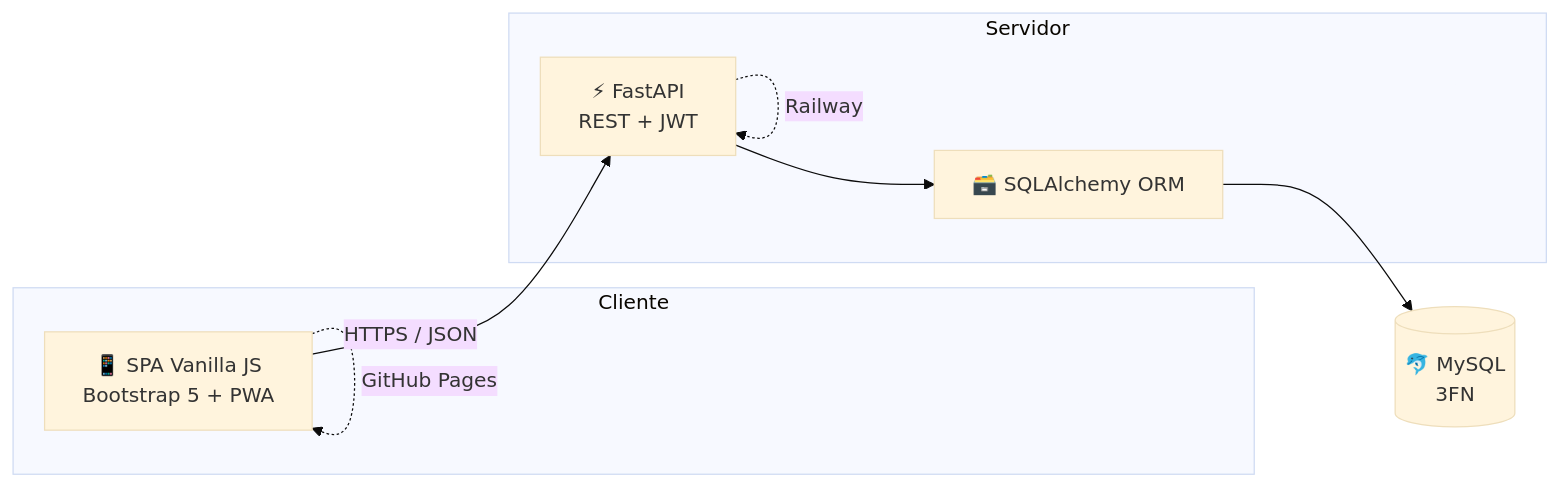
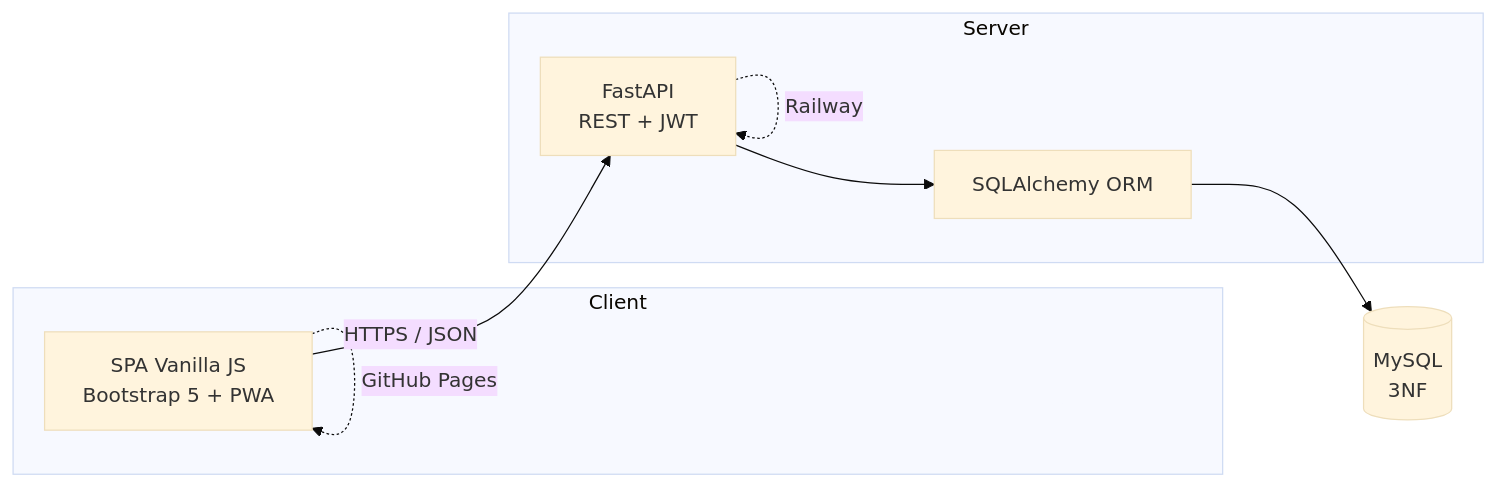
One commit to Kerin0011/ProyectoInt changed the first of 2 diagrams in README.md. Above: the diagram before and after it, drawn with Mermaid (base theme). The commit also changed other lines of this file and 2 other files, not shown here.

First line of the commit message:
fix: show the client's restaurant name in the panel, and rewrite the README

````diff
--- a/README.md
+++ b/README.md
@@ -81,17 +75,17 @@
 ```mermaid
 flowchart LR
-    subgraph Cliente
-      A["📱 SPA Vanilla JS<br/>Bootstrap 5 + PWA"]
+    subgraph Client
+      A["SPA Vanilla JS<br/>Bootstrap 5 + PWA"]
     end
-    subgraph Servidor
-      B["⚡ FastAPI<br/>REST + JWT"]
-      C["🗃️ SQLAlchemy ORM"]
+    subgraph Server
+      B["FastAPI<br/>REST + JWT"]
+      C["SQLAlchemy ORM"]
     end
-    D[("🐬 MySQL<br/>3FN")]
+    D[("MySQL<br/>3NF")]
 
     A -- "HTTPS / JSON" --> B
     B --> C --> D
 
     A -. "GitHub Pages" .-> A
     B -. "Railway" .-> B
 ```
````
